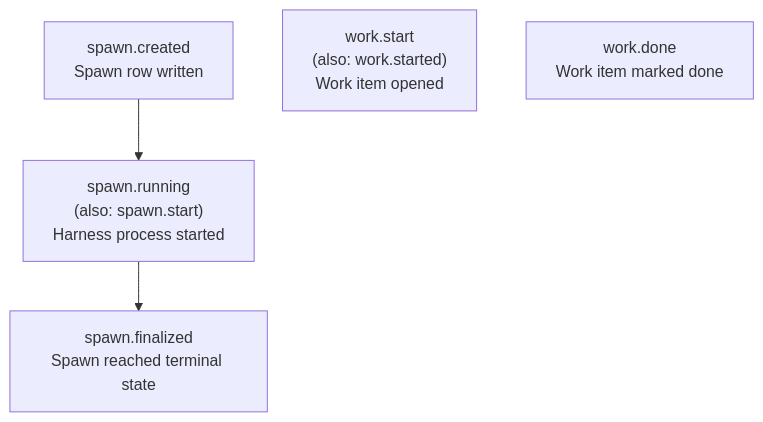
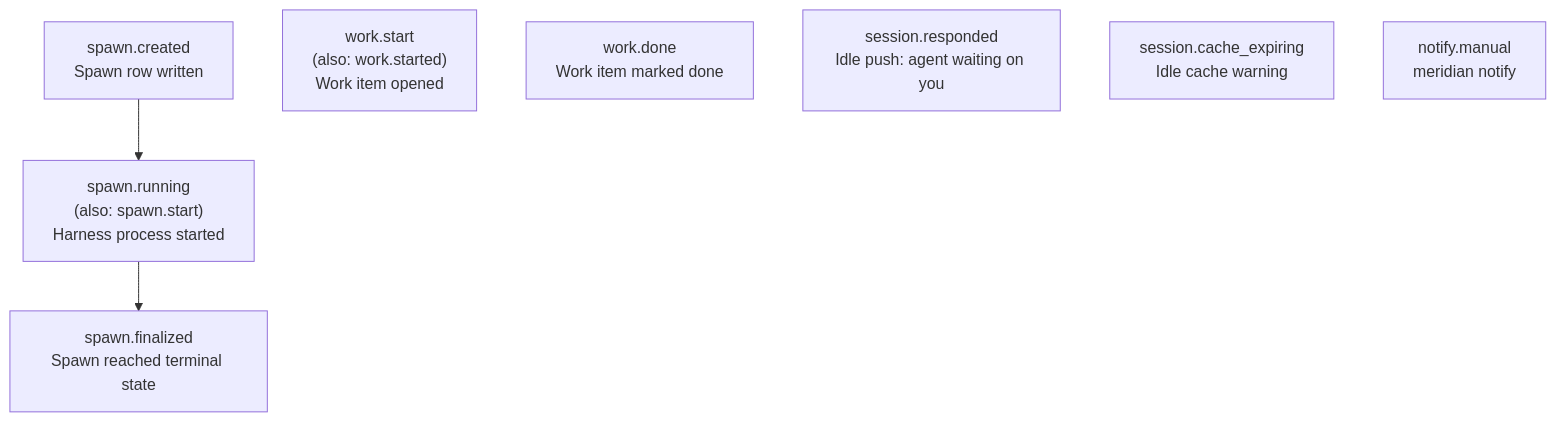
Before and after one commit to haowjy/meridian-cli-kb: the diagram in kb/concepts/hooks-and-plugins.md, drawn with Mermaid. The commit also changed other lines of this file and 20 other files, not shown here.

First line of the commit message:
KB: idle push in flight and notifications as hook events (#685, #686) (#1)

````diff
--- a/kb/concepts/hooks-and-plugins.md
+++ b/kb/concepts/hooks-and-plugins.md
@@ -33,8 +35,12 @@
 ```mermaid
 graph TD
     SPAWN_CREATED["spawn.created\nSpawn row written"] --> SPAWN_RUNNING["spawn.running\n(also: spawn.start)\nHarness process started"]
     SPAWN_RUNNING --> SPAWN_FINALIZED["spawn.finalized\nSpawn reached terminal state"]
 
     WORK_START["work.start\n(also: work.started)\nWork item opened"]
     WORK_DONE["work.done\nWork item marked done"]
+
+    RESPONDED["session.responded\nIdle push: agent waiting on you"]
+    CACHE["session.cache_expiring\nIdle cache warning"]
+    MANUAL["notify.manual\nmeridian notify"]
 ```
````
